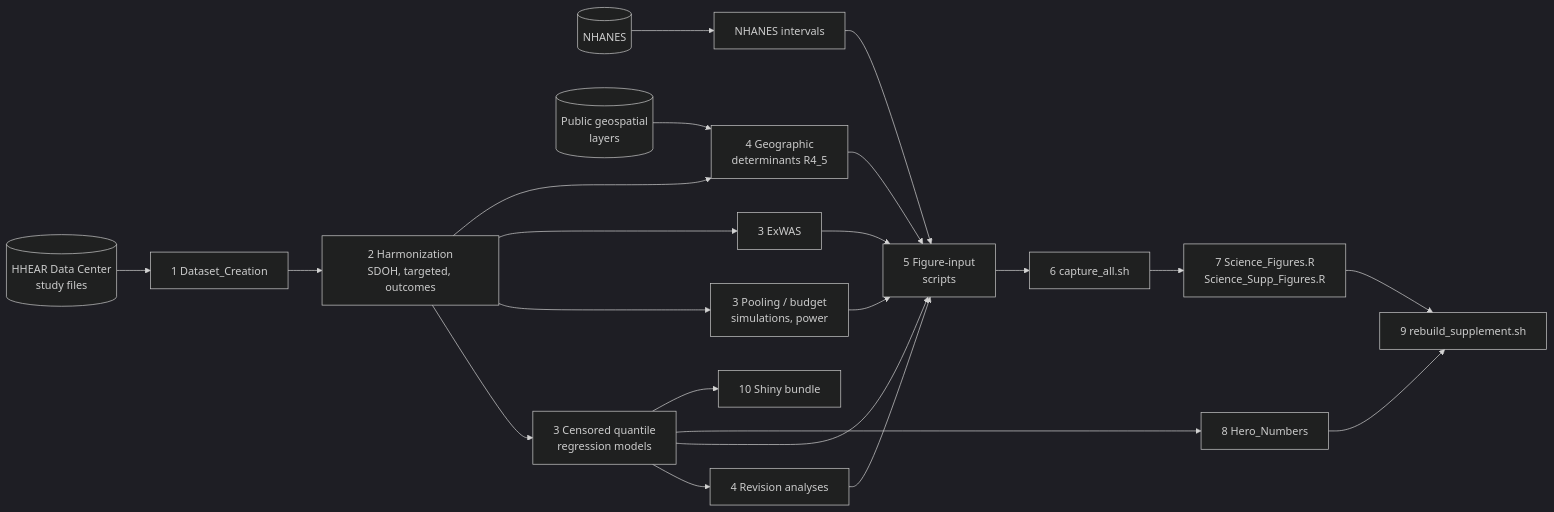
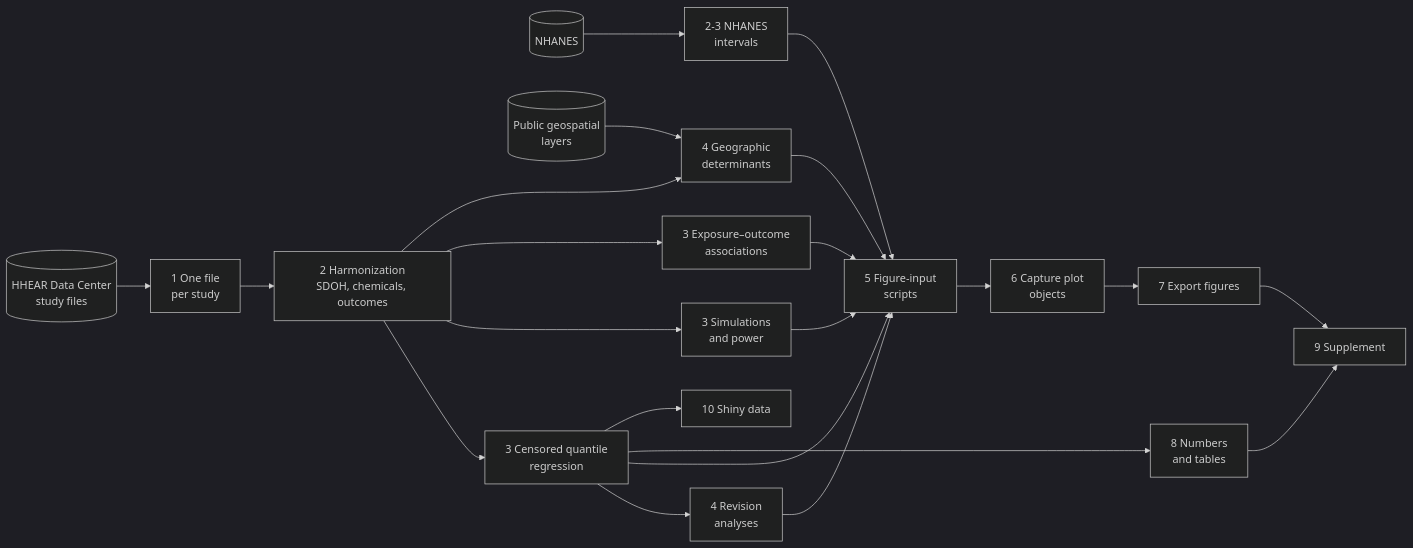
Before and after one commit to dtlloyd96/HHEAR_Population_Analysis: the diagram in README.md, drawn with Mermaid (dark theme). The commit also changed other lines of this file and 5 other files, not shown here.

Commit message:
Docs: clearer READMEs, power-run instructions, ignore raw-data folders

````diff
--- a/README.md
+++ b/README.md
@@ -47,24 +59,24 @@
 ```mermaid
 flowchart LR
-  raw[(HHEAR Data Center<br/>study files)] --> create[1 Dataset_Creation]
-  create --> harm[2 Harmonization<br/>SDOH, targeted, outcomes]
-  nh[(NHANES)] --> nhq[NHANES intervals]
+  raw[(HHEAR Data Center<br/>study files)] --> create[1 One file<br/>per study]
+  create --> harm[2 Harmonization<br/>SDOH, chemicals, outcomes]
+  nh[(NHANES)] --> nhq[2-3 NHANES<br/>intervals]
   geo[(Public geospatial<br/>layers)] --> r45
-  harm --> models[3 Censored quantile<br/>regression models]
-  harm --> sims[3 Pooling / budget<br/>simulations, power]
-  harm --> exwas[3 ExWAS]
-  models --> rev[4 Revision analyses]
-  harm --> r45[4 Geographic<br/>determinants R4_5]
+  harm --> models[3 Censored quantile<br/>regression]
+  harm --> sims[3 Simulations<br/>and power]
+  harm --> exwas[3 Exposure–outcome<br/>associations]
+  models --> rev[4 Revision<br/>analyses]
+  harm --> r45[4 Geographic<br/>determinants]
   models --> vis[5 Figure-input<br/>scripts]
   sims --> vis
   exwas --> vis
   rev --> vis
   r45 --> vis
   nhq --> vis
-  vis --> cap[6 capture_all.sh]
-  cap --> sci[7 Science_Figures.R<br/>Science_Supp_Figures.R]
-  models --> nums[8 Hero_Numbers]
-  sci --> supp[9 rebuild_supplement.sh]
+  vis --> cap[6 Capture plot<br/>objects]
+  cap --> sci[7 Export figures]
+  models --> nums[8 Numbers<br/>and tables]
+  sci --> supp[9 Supplement]
   nums --> supp
-  models --> app[10 Shiny bundle]
+  models --> app[10 Shiny data]
 ```
````
